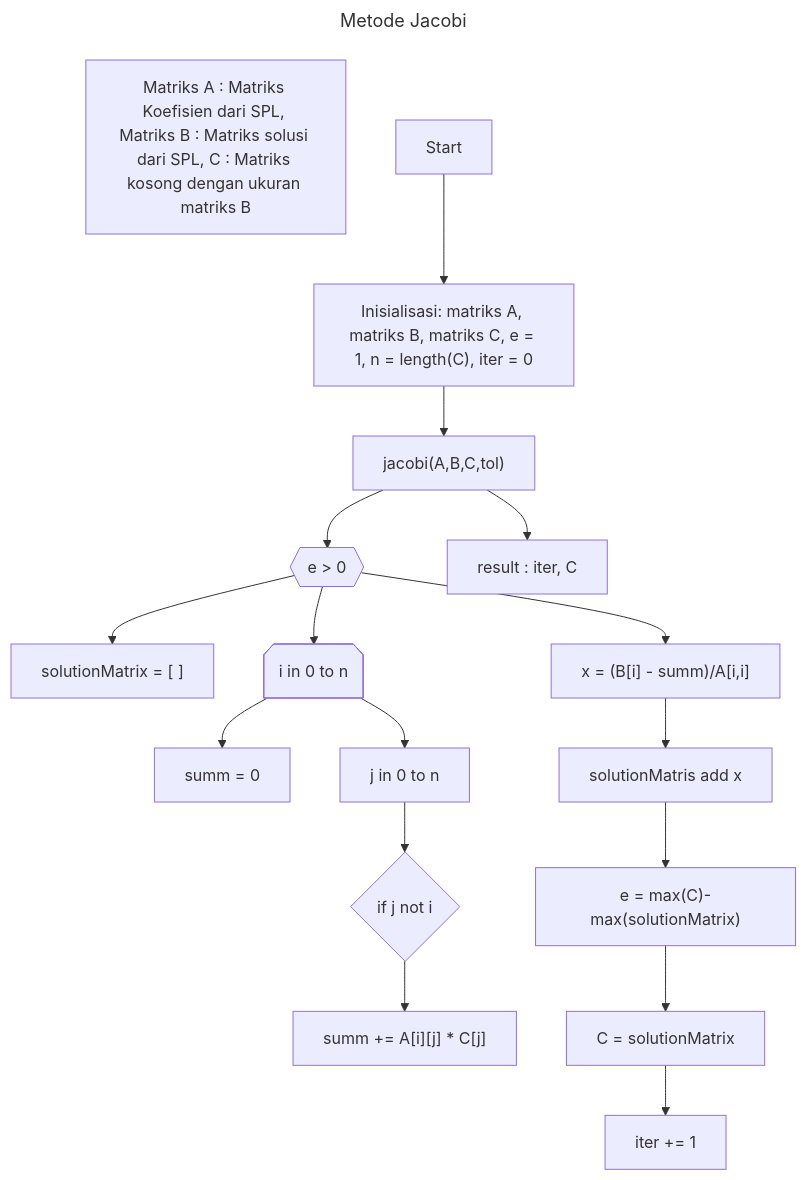
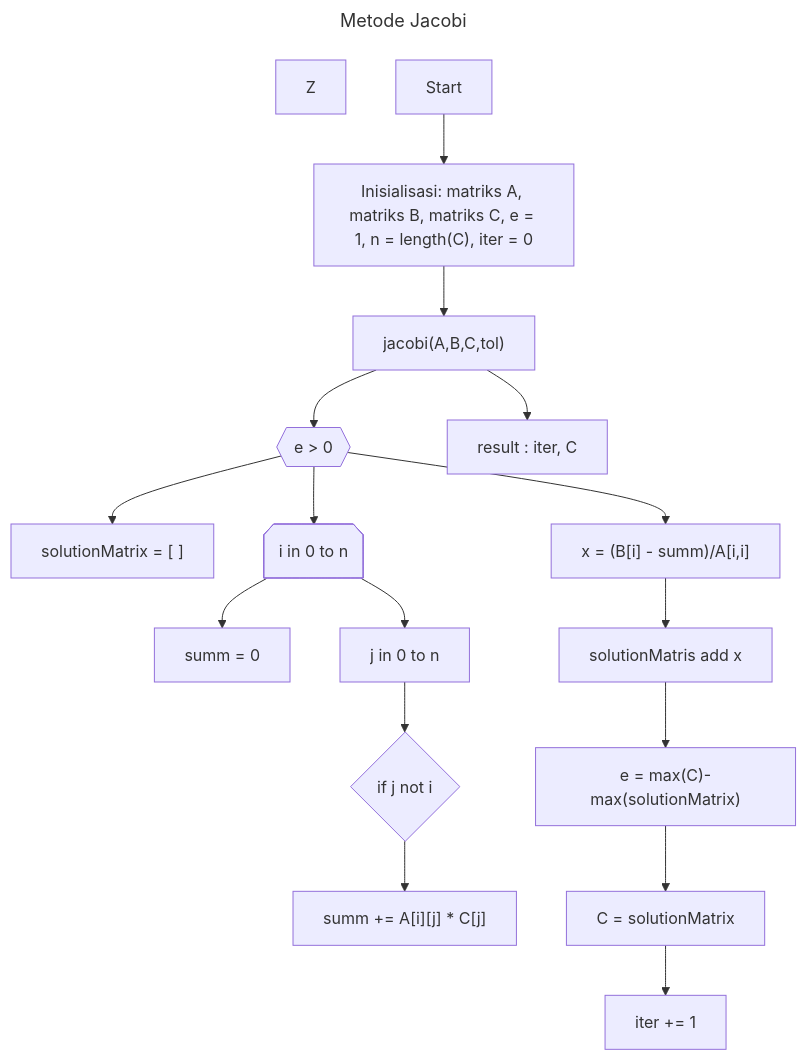
The diagram in Modul-3/metode-jacobi.mmd (aslabkomfis/Komputasi-Numerik-24-25), drawn with Mermaid before and after one commit.

```diff
--- a/Modul-3/metode-jacobi.mmd
+++ b/Modul-3/metode-jacobi.mmd
@@ -1,21 +1,21 @@
 ---
 title: Metode Jacobi    
 ---
 
 flowchart TD;
-    Z["Matriks A : Matriks Koefisien dari SPL, Matriks B : Matriks solusi dari SPL, C : Matriks kosong dengan ukuran matriks B"] 
+    Z@{shapes: braces, label:"Matriks A : Matriks Koefisien dari SPL, Matriks B : Matriks solusi dari SPL, C : Matriks kosong dengan ukuran matriks B"} 
     A[Start] --> B["Inisialisasi: matriks A, matriks B, matriks C, e = 1, n = length(C), iter = 0"] 
     B --> X["jacobi(A,B,C,tol)"]
     X --> C{{"e > 0"}}
     C --> D["solutionMatrix = [ ]"]
     C --> F@{shape: notch-pent, label: "i in 0 to n"}
     F --> G["summ = 0"]
     F --> H["j in 0 to n"]
     H --> I{"if j not i"}
     I --> J["summ += A[i][j] * C[j]"]
     C --> K["x = (B[i] - summ)/A[i,i]"]
     K --> L["solutionMatris add x"]
     L --> M["e = max(C)-max(solutionMatrix)"]
     M --> N["C = solutionMatrix"]
     N --> O["iter += 1"]
     X --> P["result : iter, C"]
```
